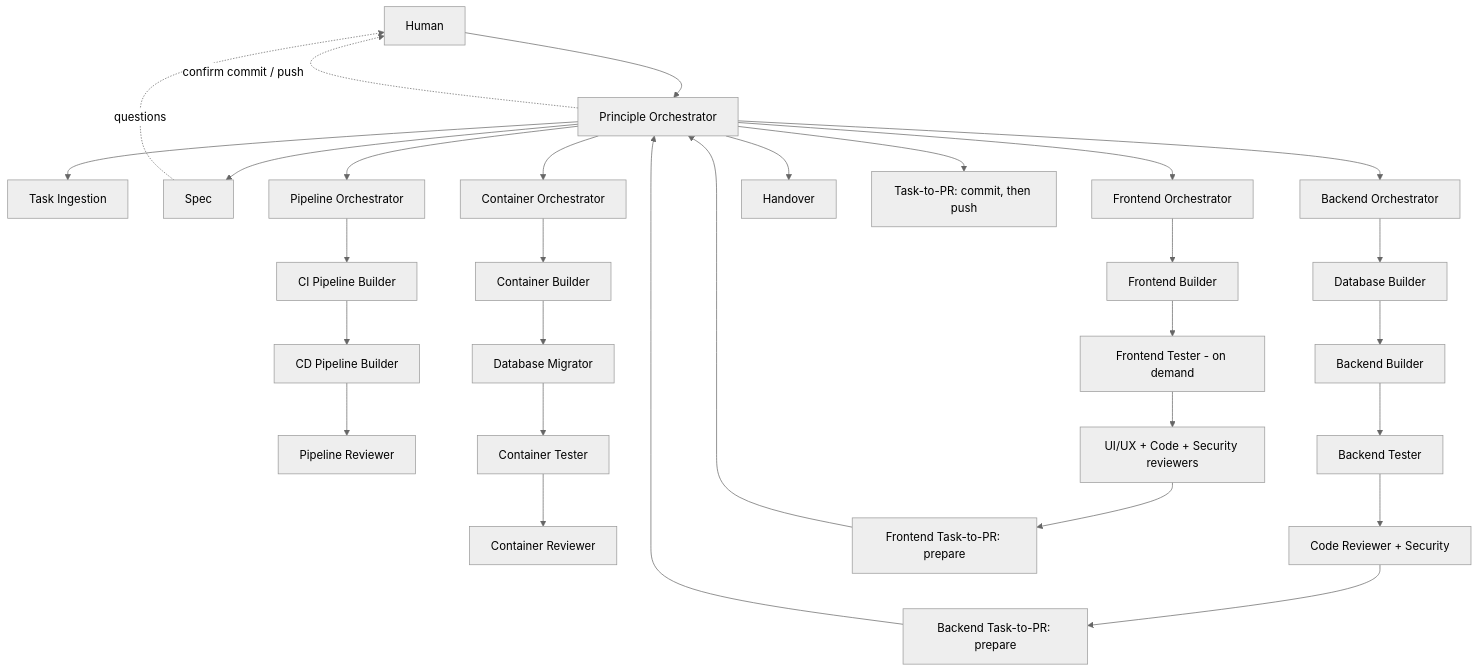
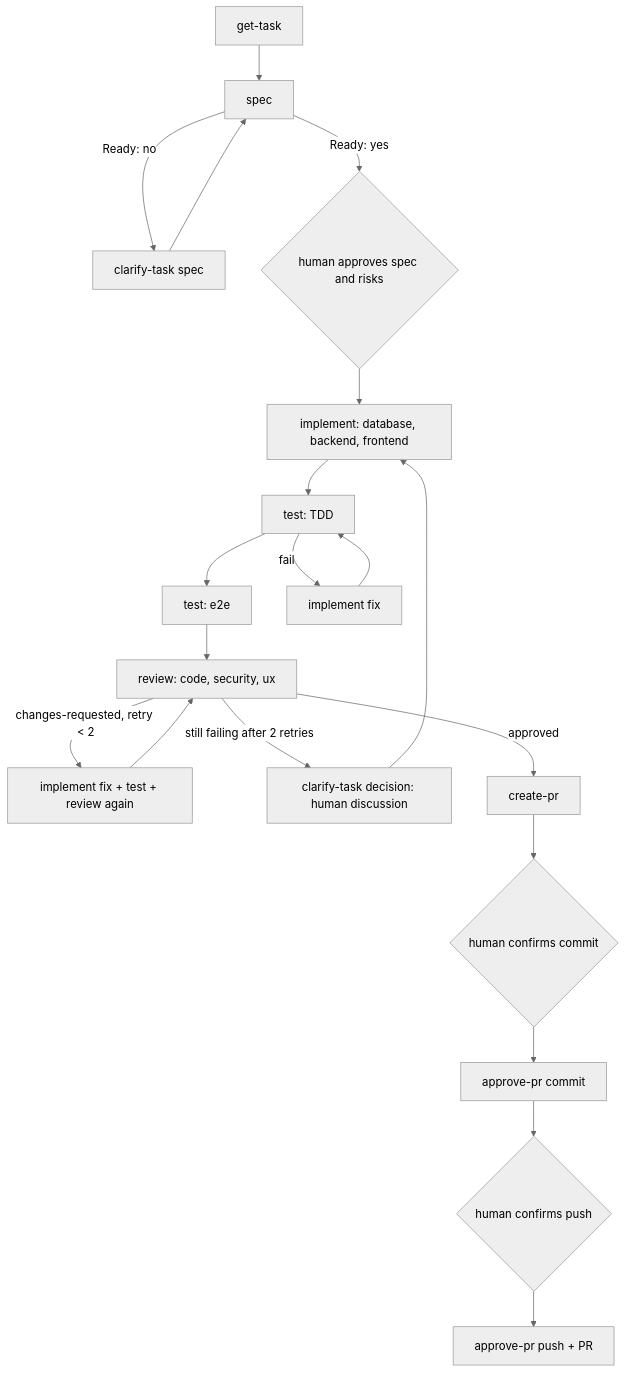
The diagram in docs/workflow.md (NorbertVincze04/full-stack-ai-agents), drawn with Mermaid (neutral theme) before and after one commit. The commit also changed other lines of this file and 58 other files, not shown here.

````diff
--- a/docs/workflow.md
+++ b/docs/workflow.md
@@ -5,21 +27,15 @@
 ```mermaid
 flowchart TD
-  H[Human] --> PO[Principle Orchestrator]
-  PO --> TI[Task Ingestion]
-  PO --> SP[Spec]
-  SP -. questions .-> H
-  PO --> FO[Frontend Orchestrator]
-  PO --> BO[Backend Orchestrator]
-  PO --> CO[Container Orchestrator]
-  PO --> PL[Pipeline Orchestrator]
-  PL --> CI[CI Pipeline Builder] --> CD[CD Pipeline Builder] --> PLR[Pipeline Reviewer]
-  CO --> CB[Container Builder] --> DM[Database Migrator] --> CT[Container Tester] --> CR[Container Reviewer]
-  FO --> FB[Frontend Builder] --> FT[Frontend Tester - on demand] --> FR[UI/UX + Code + Security reviewers]
-  BO --> DB[Database Builder] --> BB[Backend Builder] --> BT[Backend Tester] --> BR[Code Reviewer + Security]
-  PO --> HO[Handover]
-  FR --> PR1[Frontend Task-to-PR: prepare]
-  BR --> PR2[Backend Task-to-PR: prepare]
-  PR1 & PR2 --> PO
-  PO -. confirm commit / push .-> H
-  PO --> PRC[Task-to-PR: commit, then push]
+  T[get-task] --> S[spec]
+  S -->|Ready: no| C[clarify-task spec] --> S
+  S -->|Ready: yes| A{human approves spec and risks}
+  A --> I[implement: database, backend, frontend]
+  I --> TD[test: TDD] --> E[test: e2e]
+  TD -->|fail| F[implement fix] --> TD
+  E --> R[review: code, security, ux]
+  R -->|changes-requested, retry < 2| F2[implement fix + test + review again] --> R
+  R -->|still failing after 2 retries| H[clarify-task decision: human discussion]
+  H --> I
+  R -->|approved| P[create-pr]
+  P --> G{human confirms commit} --> AP[approve-pr commit] --> G2{human confirms push} --> AP2[approve-pr push + PR]
 ```
````
